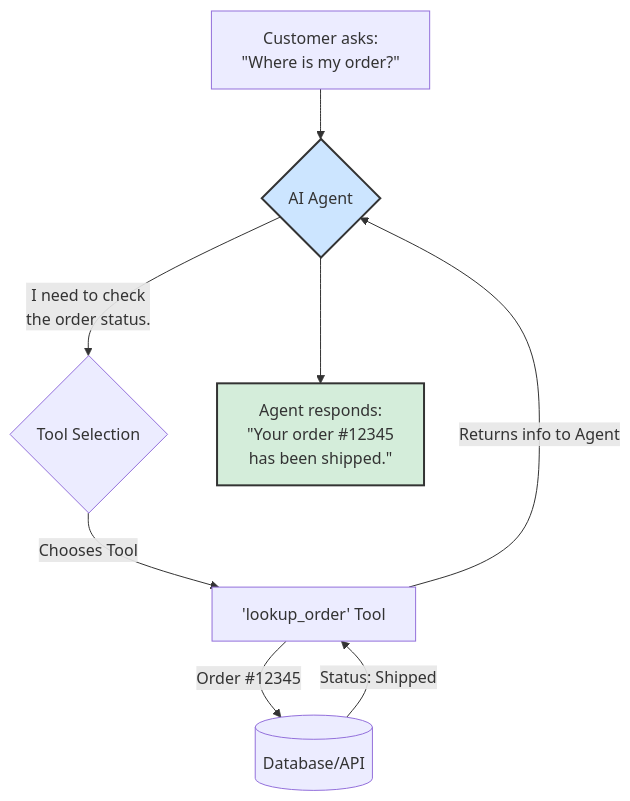
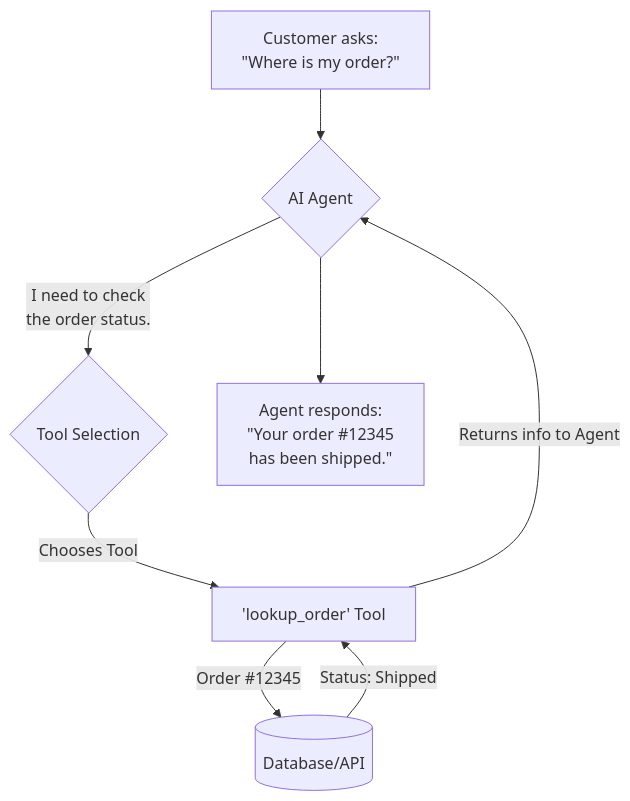
Before and after one commit to 89jobrien/examples: the fifth of 5 diagrams in README.md, drawn with Mermaid. The commit also changed other lines of this file, not shown here.

````diff
--- a/README.md
+++ b/README.md
@@ -116,13 +99,10 @@
 ```mermaid
 graph TD
     A["Customer asks: <br>&quot;Where is my order?&quot;"] --> B{AI Agent};
     B -- "I need to check<br>the order status." --> C{Tool Selection};
     C -- Chooses Tool --> D['lookup_order' Tool];
     D -- "Order #12345" --> E[(Database/API)];
     E -- "Status: Shipped" --> D;
     D -- Returns info to Agent --> B;
     B --> F["Agent responds:<br>&quot;Your order #12345<br>has been shipped.&quot;"];
-
-    style B fill:#cce5ff,stroke:#333,stroke-width:2px
-    style F fill:#d4edda,stroke:#333,stroke-width:2px
 ```
````
